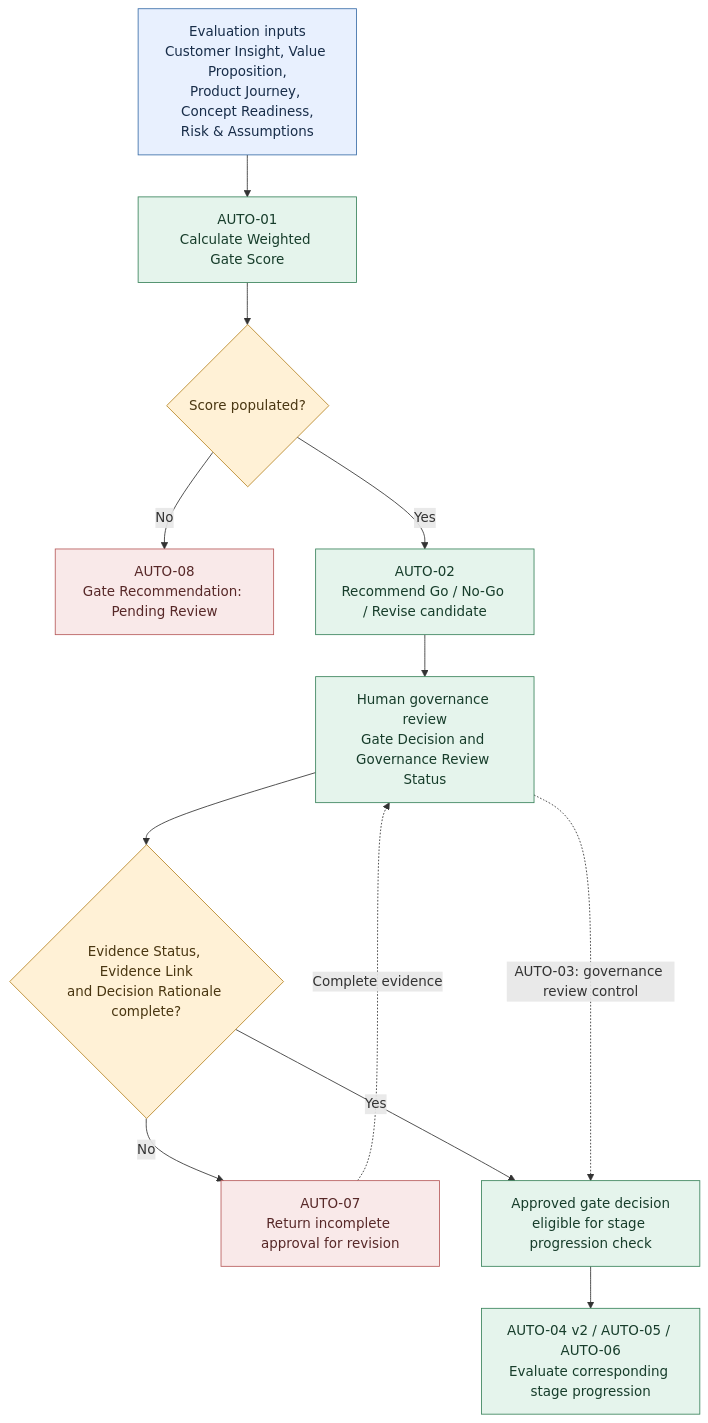
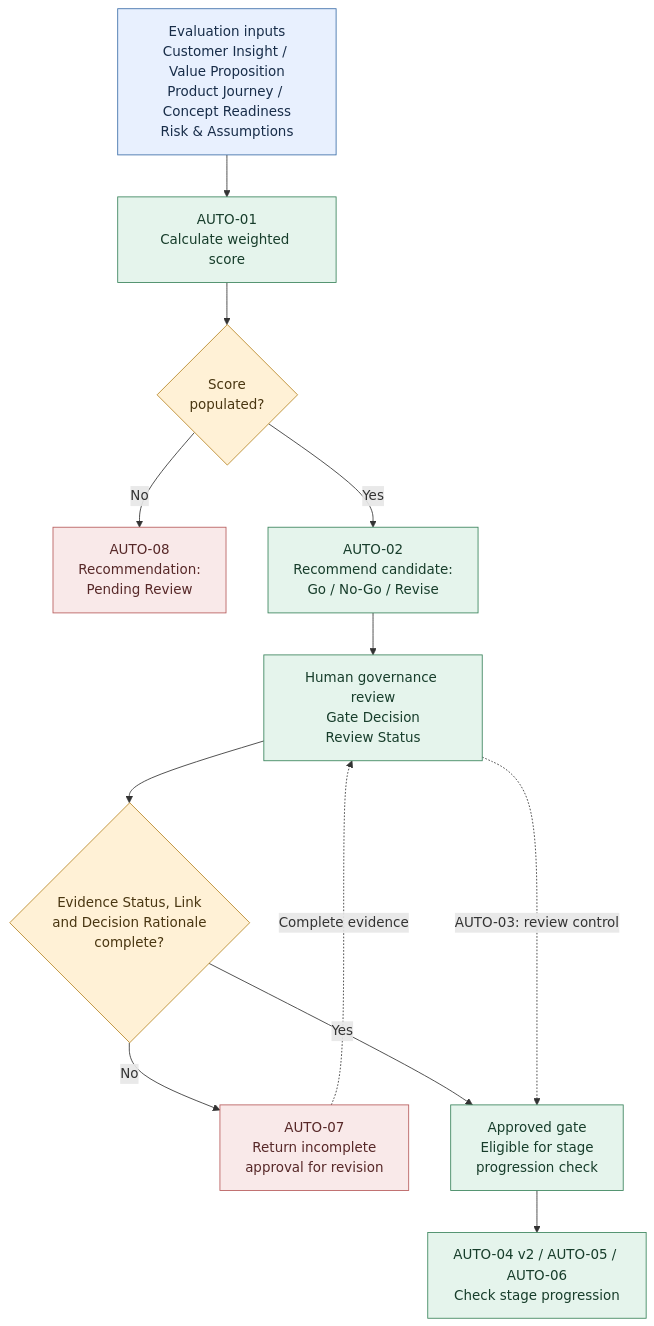
One commit to VahidMohammadii/innovation-management-system-jira changed the second of 2 diagrams in 01-system-design/conceptual-stage-gate-flow.md. Above: the diagram before and after it, drawn with Mermaid. The commit also changed other lines of this file, not shown here.

Commit message:
docs: wrap Mermaid labels and correct gate IDs and observed test wording

````diff
--- a/01-system-design/conceptual-stage-gate-flow.md
+++ b/01-system-design/conceptual-stage-gate-flow.md
@@ -47,23 +49,23 @@
 ```mermaid
 flowchart TD
-    INPUT["Evaluation inputs<br/>Customer Insight, Value Proposition,<br/>Product Journey, Concept Readiness,<br/>Risk & Assumptions"] --> SCORE["AUTO-01<br/>Calculate Weighted Gate Score"]
-    SCORE --> MISSING{"Score populated?"}
-    MISSING -- No --> RESET["AUTO-08<br/>Gate Recommendation: Pending Review"]
-    MISSING -- Yes --> RECOMMEND["AUTO-02<br/>Recommend Go / No-Go / Revise candidate"]
-    RECOMMEND --> HUMAN["Human governance review<br/>Gate Decision and Governance Review Status"]
-    HUMAN --> EVIDENCE{"Evidence Status, Evidence Link<br/>and Decision Rationale complete?"}
-    EVIDENCE -- No --> RETURN["AUTO-07<br/>Return incomplete approval for revision"]
-    RETURN -. Complete evidence .-> HUMAN
-    EVIDENCE -- Yes --> GATE["Approved gate decision<br/>eligible for stage progression check"]
-    GATE --> CONTROL["AUTO-04 v2 / AUTO-05 / AUTO-06<br/>Evaluate corresponding stage progression"]
-    HUMAN -. "AUTO-03: governance review control" .-> GATE
+    INPUT["Evaluation inputs<br/>Customer Insight / Value Proposition<br/>Product Journey / Concept Readiness<br/>Risk & Assumptions"] --> SCORE["AUTO-01<br/>Calculate weighted score"]
+    SCORE --> MISSING{"Score<br/>populated?"}
+    MISSING -- No --> RESET["AUTO-08<br/>Recommendation:<br/>Pending Review"]
+    MISSING -- Yes --> RECOMMEND["AUTO-02<br/>Recommend candidate:<br/>Go / No-Go / Revise"]
+    RECOMMEND --> HUMAN["Human governance review<br/>Gate Decision<br/>Review Status"]
+    HUMAN --> EVIDENCE{"Evidence Status, Link<br/>and Decision Rationale<br/>complete?"}
+    EVIDENCE -- No --> RETURN["AUTO-07<br/>Return incomplete<br/>approval for revision"]
+    RETURN -. "Complete evidence" .-> HUMAN
+    EVIDENCE -- Yes --> GATE["Approved gate<br/>Eligible for stage<br/>progression check"]
+    GATE --> CONTROL["AUTO-04 v2 / AUTO-05 / AUTO-06<br/>Check stage progression"]
+    HUMAN -. "AUTO-03: review control" .-> GATE
 
     classDef input fill:#E8F0FE,stroke:#3B6EA8,color:#182D49
     classDef action fill:#E5F4EC,stroke:#39835B,color:#173D2B
     classDef decision fill:#FFF1D6,stroke:#B88625,color:#493611
     classDef exception fill:#F9E9E9,stroke:#B75B5B,color:#572828
     class INPUT input
     class SCORE,RECOMMEND,HUMAN,GATE,CONTROL action
     class MISSING,EVIDENCE decision
     class RESET,RETURN exception
 ```
````
